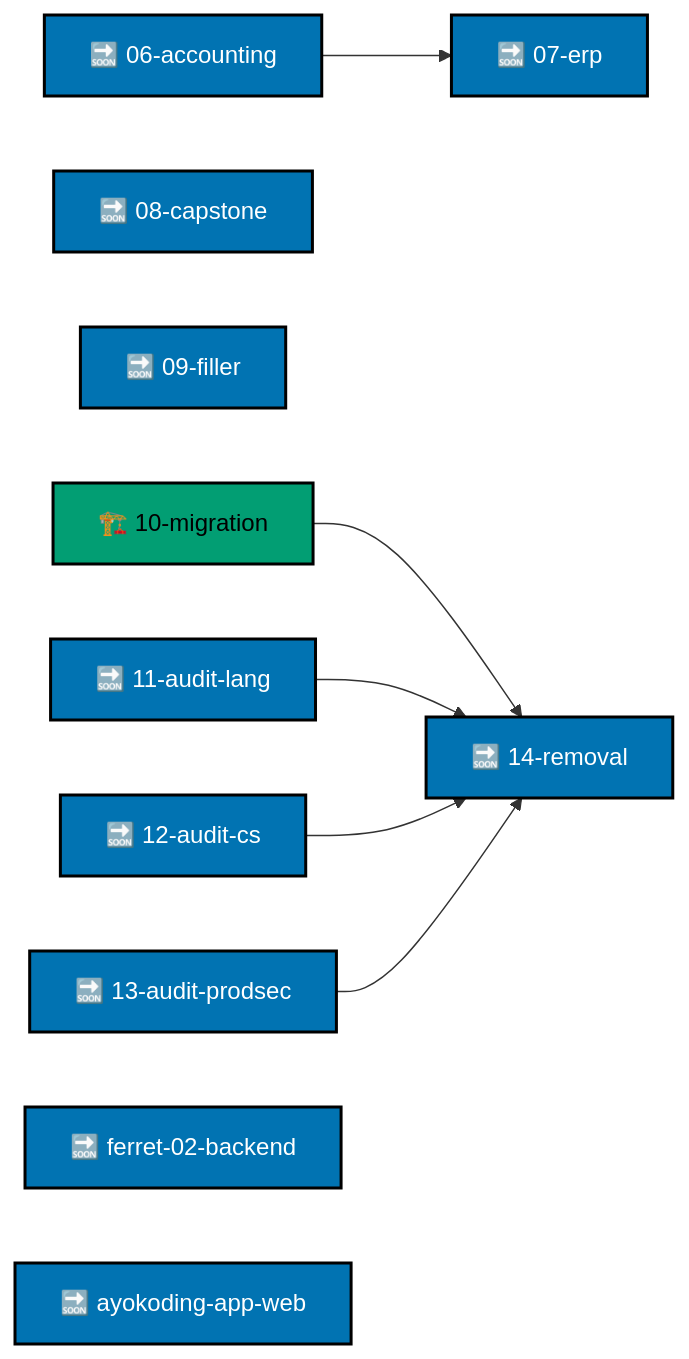
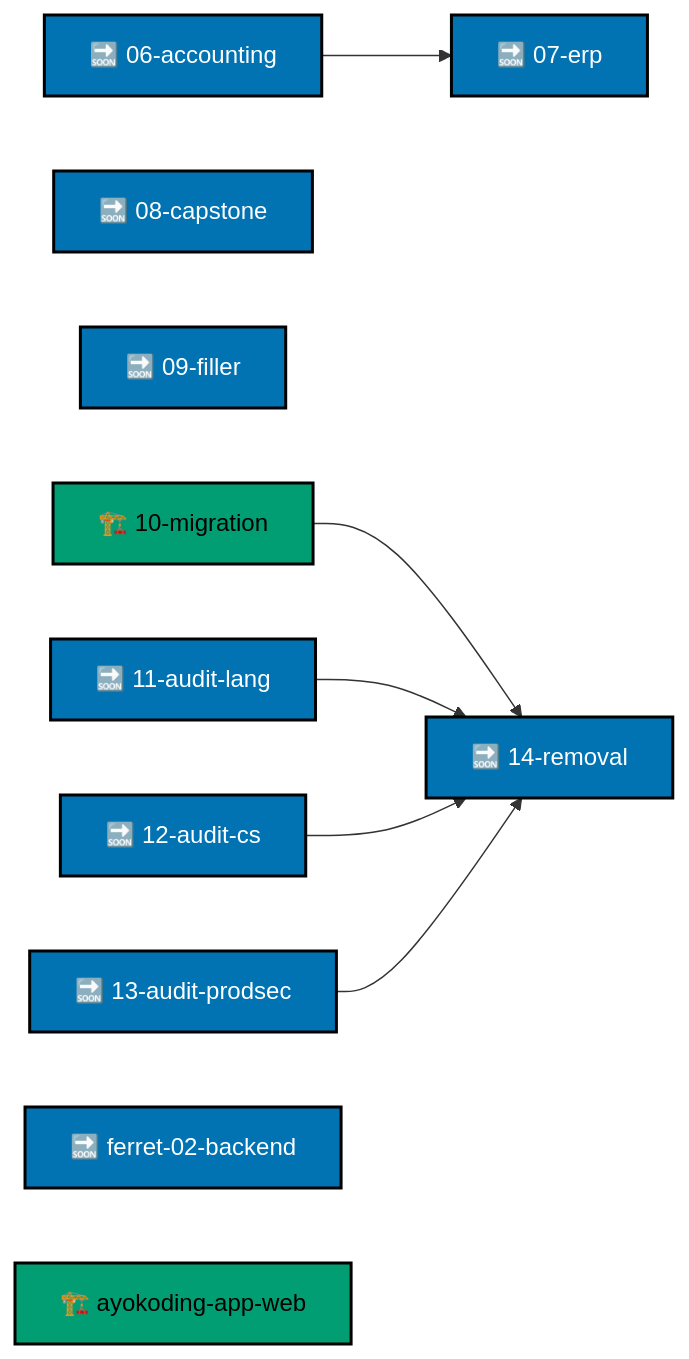
The diagram in plans/README.md (wahidyankf/ose-public), drawn with Mermaid before and after one commit. The commit also changed other lines of this file and 26 other files, not shown here.

Commit message:
chore(plans): promote ayokoding app web plan

````diff
--- a/plans/README.md
+++ b/plans/README.md
@@ -32,24 +32,24 @@
 ```mermaid
 flowchart LR
   accTitle: Plan order
   accDescr: Eleven live plans; the Phoenix rewrite runs independently of the AyoKoding content series.
   P06["🔜 06-accounting"]:::backlog
   P07["🔜 07-erp"]:::backlog
   P08["🔜 08-capstone"]:::backlog
   P09["🔜 09-filler"]:::backlog
   P10["🏗️ 10-migration"]:::inprogress
   P11["🔜 11-audit-lang"]:::backlog
   P12["🔜 12-audit-cs"]:::backlog
   P13["🔜 13-audit-prodsec"]:::backlog
   P14["🔜 14-removal"]:::backlog
   FER["🔜 ferret-02-backend"]:::backlog
-  PHX["🔜 ayokoding-app-web"]:::backlog
+  PHX["🏗️ ayokoding-app-web"]:::inprogress
   P06 --> P07
   P10 --> P14
   P11 --> P14
   P12 --> P14
   P13 --> P14
   classDef backlog fill:#0173B2,stroke:#000000,color:#FFFFFF,stroke-width:2px
   classDef inprogress fill:#029E73,stroke:#000000,color:#000000,stroke-width:2px
   classDef default fill:#FFFFFF,stroke:#000000,color:#000000
 ```
````
